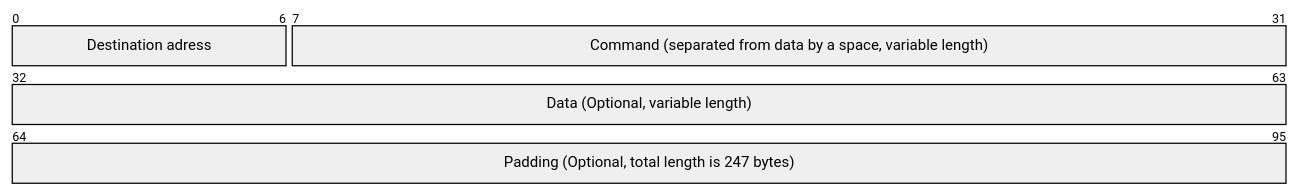
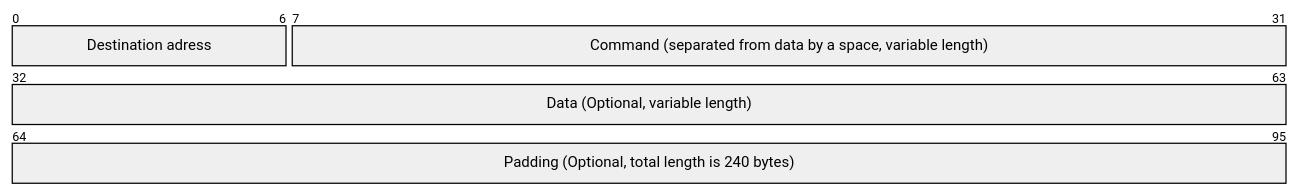
The second of 2 diagrams in README.md (picass02005/Buzzer-Insagora), drawn with Mermaid before and after one commit. The commit also changed other lines of this file and 5 other files, not shown here.

````diff
--- a/README.md
+++ b/README.md
@@ -41,7 +41,7 @@
 ```mermaid
 packet
 0-6: "Destination adress"
 7-31: "Command (separated from data by a space, variable length)"
 32-63: "Data (Optional, variable length)"
-64-95: "Padding (Optional, total length is 247 bytes)"
+64-95: "Padding (Optional, total length is 240 bytes)"
 ```
````
